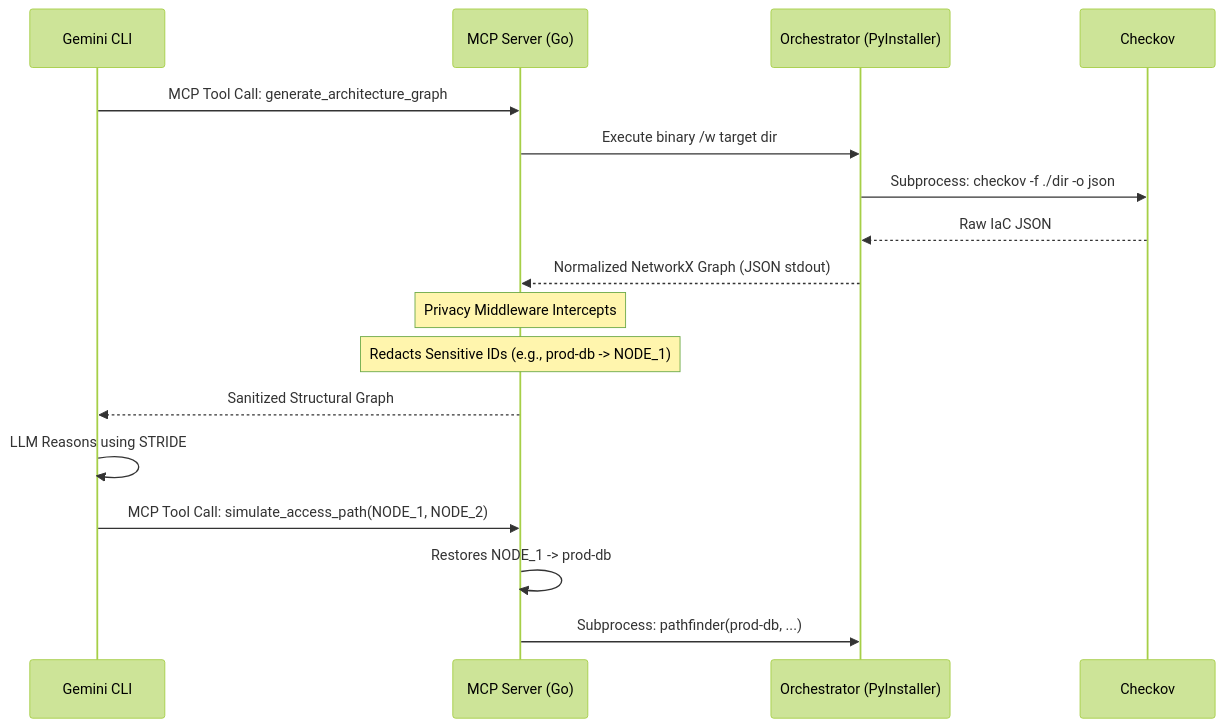
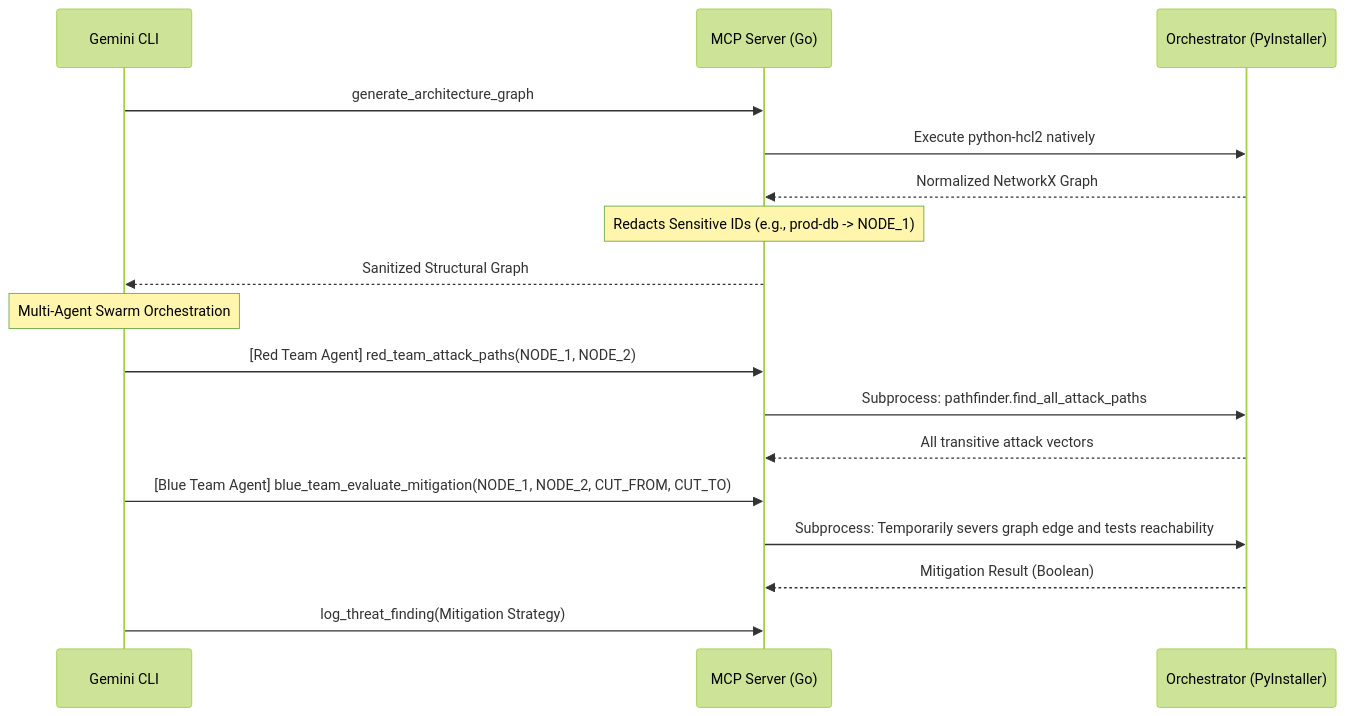
The diagram in README.md (bksarthak/threat-sim-mcp), drawn with Mermaid (forest theme) before and after one commit. The commit also changed 5 other files, not shown here.

Commit message:
feat: implement mcp red-blue agent swarm tools

````diff
--- a/README.md
+++ b/README.md
@@ -51,22 +51,24 @@
 ```mermaid
 sequenceDiagram
     participant CLI as Gemini CLI
     participant Go as MCP Server (Go)
     participant Py as Orchestrator (PyInstaller)
-    participant Scanner as Checkov
     
-    CLI->>Go: MCP Tool Call: generate_architecture_graph
-    Go->>Py: Execute binary /w target dir
-    Py->>Scanner: Subprocess: checkov -f ./dir -o json
-    Scanner-->>Py: Raw IaC JSON
-    Py-->>Go: Normalized NetworkX Graph (JSON stdout)
+    CLI->>Go: generate_architecture_graph
+    Go->>Py: Execute python-hcl2 natively
+    Py-->>Go: Normalized NetworkX Graph
+    Note over Go: Redacts Sensitive IDs (e.g., prod-db -> NODE_1)
+    Go-->>CLI: Sanitized Structural Graph
     
-    Note over Go: Privacy Middleware Intercepts
-    Note over Go: Redacts Sensitive IDs (e.g., prod-db -> NODE_1)
+    Note over CLI: Multi-Agent Swarm Orchestration
     
-    Go-->>CLI: Sanitized Structural Graph
-    CLI->>CLI: LLM Reasons using STRIDE
-    CLI->>Go: MCP Tool Call: simulate_access_path(NODE_1, NODE_2)
-    Go->>Go: Restores NODE_1 -> prod-db
-    Go->>Py: Subprocess: pathfinder(prod-db, ...)
+    CLI->>Go: [Red Team Agent] red_team_attack_paths(NODE_1, NODE_2)
+    Go->>Py: Subprocess: pathfinder.find_all_attack_paths
+    Py-->>Go: All transitive attack vectors
+    
+    CLI->>Go: [Blue Team Agent] blue_team_evaluate_mitigation(NODE_1, NODE_2, CUT_FROM, CUT_TO)
+    Go->>Py: Subprocess: Temporarily severs graph edge and tests reachability
+    Py-->>Go: Mitigation Result (Boolean)
+    
+    CLI->>Go: log_threat_finding(Mitigation Strategy)
 ```
````
